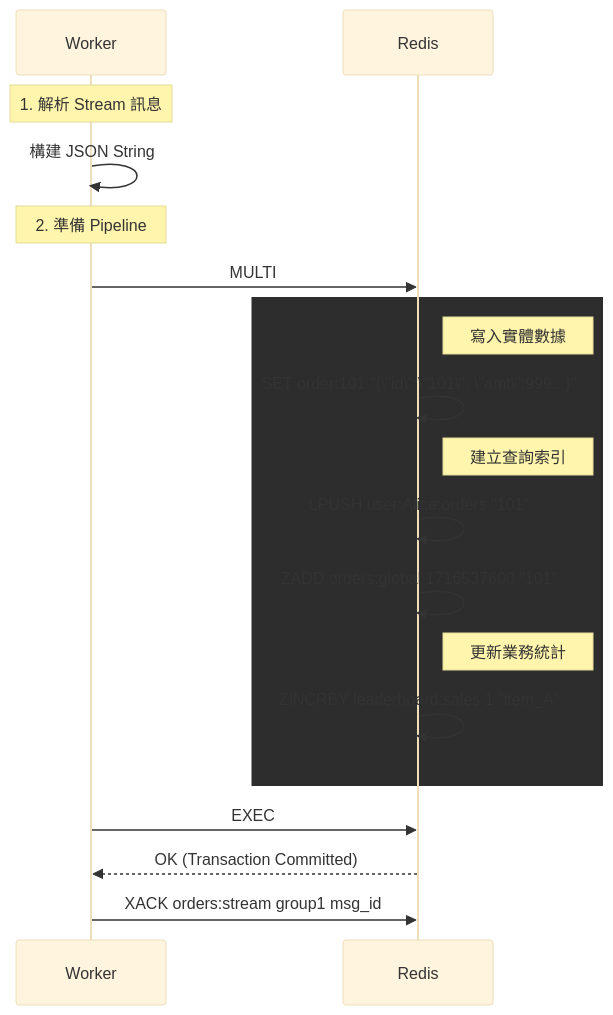
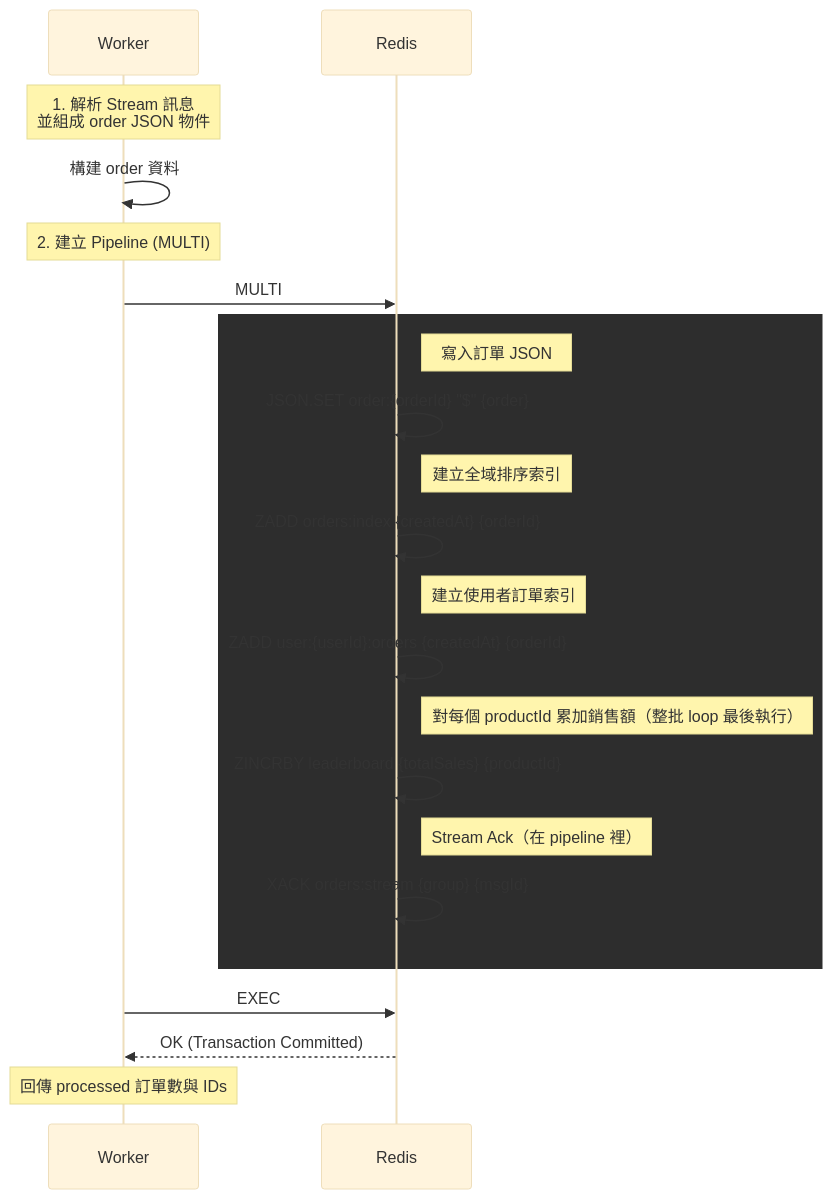
Before and after one commit to lucashsu95/redis-seckill: the diagram in docs/SPEC.md, drawn with Mermaid (base theme). The commit also changed other lines of this file and 4 other files, not shown here.

````diff
--- a/docs/SPEC.md
+++ b/docs/SPEC.md
@@ -102,28 +102,33 @@
 ```mermaid
 sequenceDiagram
     participant Worker
     participant Redis
 
-    Note over Worker: 1. 解析 Stream 訊息
-    Worker->>Worker: 構建 JSON String
-    
-    Note over Worker: 2. 準備 Pipeline
+    Note over Worker: 1. 解析 Stream 訊息<br>並組成 order JSON 物件
+    Worker->>Worker: 構建 order 資料
+
+    Note over Worker: 2. 建立 Pipeline (MULTI)
     Worker->>Redis: MULTI
-    
+
     rect rgb(45, 45, 45)
-        Note right of Redis: 寫入實體數據
-        Redis->>Redis: SET order:101 "{\"id\":\"101\", \"amt\":999...}"
-        
-        Note right of Redis: 建立查詢索引
-        Redis->>Redis: LPUSH user:Alice:orders "101"
-        Redis->>Redis: ZADD orders:global 1716537600 "101"
-        
-        Note right of Redis: 更新業務統計
-        Redis->>Redis: ZINCRBY leaderboard:sales 1 "item_A"
+        Note right of Redis: 寫入訂單 JSON
+        Redis->>Redis: JSON.SET order:{orderId} "$" {order}
+
+        Note right of Redis: 建立全域排序索引
+        Redis->>Redis: ZADD orders:index {createdAt} {orderId}
+
+        Note right of Redis: 建立使用者訂單索引
+        Redis->>Redis: ZADD user:{userId}:orders {createdAt} {orderId}
+
+        Note right of Redis: 對每個 productId 累加銷售額（整批 loop 最後執行）
+        Redis->>Redis: ZINCRBY leaderboard {totalSales} {productId}
+
+        Note right of Redis: Stream Ack（在 pipeline 裡）
+        Redis->>Redis: XACK orders:stream {group} {msgId}
     end
-    
+
     Worker->>Redis: EXEC
     Redis-->>Worker: OK (Transaction Committed)
-    
-    Worker->>Redis: XACK orders:stream group1 msg_id
+
+    Note over Worker: 回傳 processed 訂單數與 IDs
 ```
````
